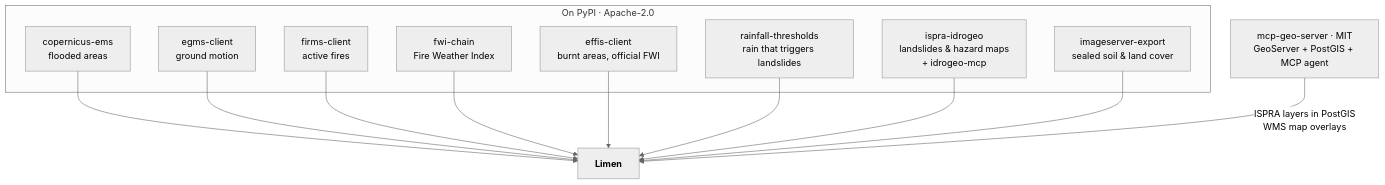
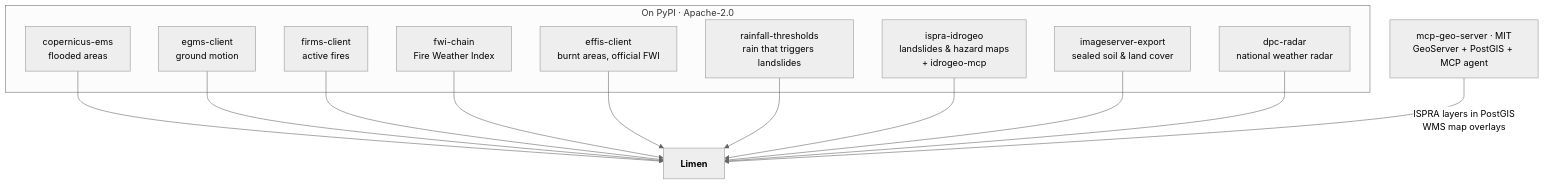
The fourth of 5 diagrams in README.md (agent-engineering-studio/limen), drawn with Mermaid (neutral theme) before and after one commit. The commit also changed other lines of this file and 12 other files, not shown here.

First line of the commit message:
feat(dpc): il pacchetto dpc-radar 0.1, a comportamento invariato

````diff
--- a/README.md
+++ b/README.md
@@ -419,24 +419,26 @@
 ```mermaid
 flowchart TB
     subgraph PyPI["On PyPI · Apache-2.0"]
         CEMS["copernicus-ems<br/>flooded areas"]
         EG["egms-client<br/>ground motion"]
         FC["firms-client<br/>active fires"]
         ID["ispra-idrogeo<br/>landslides & hazard maps<br/>+ idrogeo-mcp"]
         FWI["fwi-chain<br/>Fire Weather Index"]
         EF["effis-client<br/>burnt areas, official FWI"]
         RT["rainfall-thresholds<br/>rain that triggers landslides"]
         IS["imageserver-export<br/>sealed soil & land cover"]
+        DR["dpc-radar<br/>national weather radar"]
     end
     MGS["mcp-geo-server · MIT<br/>GeoServer + PostGIS + MCP agent"]
     L["<b>Limen</b>"]
     CEMS --> L
     EG --> L
     FC --> L
     FWI --> L
     EF --> L
     RT --> L
     ID --> L
     IS --> L
+    DR --> L
     MGS -- "ISPRA layers in PostGIS<br/>WMS map overlays" --> L
 ```
````
